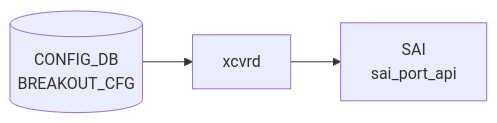
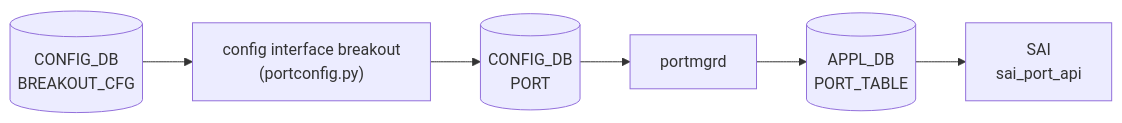
The diagram in docs/reference/config-db/dpb.md (aoki-taquan/sonic-unofficial-docs), drawn with Mermaid before and after one commit.

Commit message:
fix(config-db): correct BREAKOUT_CFG data flow diagram in dpb.md
Auto-generated mermaid showed xcvrd→SAI which is unrelated to DPB.
Replace with the actual flow: CLI (portconfig.py) reads BREAKOUT_CFG,
rewrites PORT table, portmgrd propagates to APPL_DB PORT_TABLE,
orchagent/SAI handles the rest.

````diff
--- a/docs/reference/config-db/dpb.md
+++ b/docs/reference/config-db/dpb.md
@@ -47,8 +47,15 @@
 ```mermaid
 flowchart LR
   CDB[("CONFIG_DB<br/>BREAKOUT_CFG")]
-  DM["xcvrd"]
-  CDB --> DM
+  CLI["config interface breakout<br/>(portconfig.py)"]
+  PORT[("CONFIG_DB<br/>PORT")]
+  portmgrd["portmgrd"]
+  APPL[("APPL_DB<br/>PORT_TABLE")]
   SAI["SAI<br/>sai_port_api"]
-  DM --> SAI
+
+  CDB --> CLI
+  CLI --> PORT
+  PORT --> portmgrd
+  portmgrd --> APPL
+  APPL --> SAI
 ```
````
